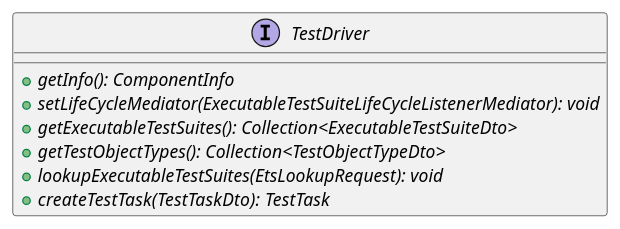
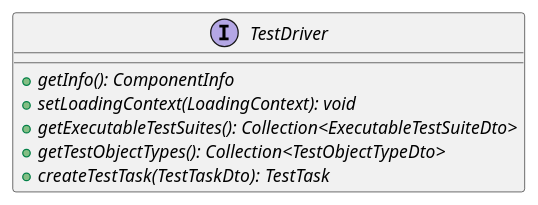
The diagram in docs/javadoc/de/interactive_instruments/etf/testdriver/TestDriver.puml (interactive-instruments/etf-core), drawn with PlantUML before and after one commit. The commit also changed 411 other files, not shown here.

```diff
--- a/docs/javadoc/de/interactive_instruments/etf/testdriver/TestDriver.puml
+++ b/docs/javadoc/de/interactive_instruments/etf/testdriver/TestDriver.puml
@@ -1,12 +1,11 @@
 @startuml
 
     interface TestDriver [[TestDriver.html]] {
         {abstract} +getInfo(): ComponentInfo
-        {abstract} +setLifeCycleMediator(ExecutableTestSuiteLifeCycleListenerMediator): void
+        {abstract} +setLoadingContext(LoadingContext): void
         {abstract} +getExecutableTestSuites(): Collection<ExecutableTestSuiteDto>
         {abstract} +getTestObjectTypes(): Collection<TestObjectTypeDto>
-        {abstract} +lookupExecutableTestSuites(EtsLookupRequest): void
         {abstract} +createTestTask(TestTaskDto): TestTask
     }
 
 @enduml
```
